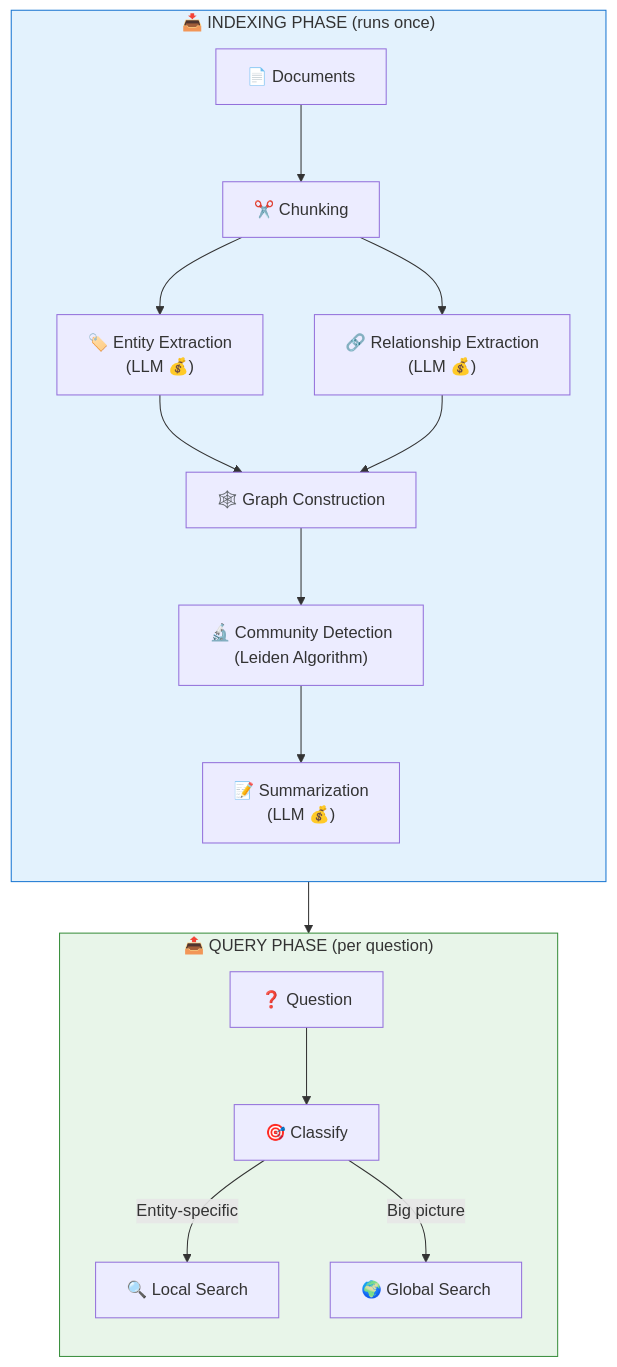
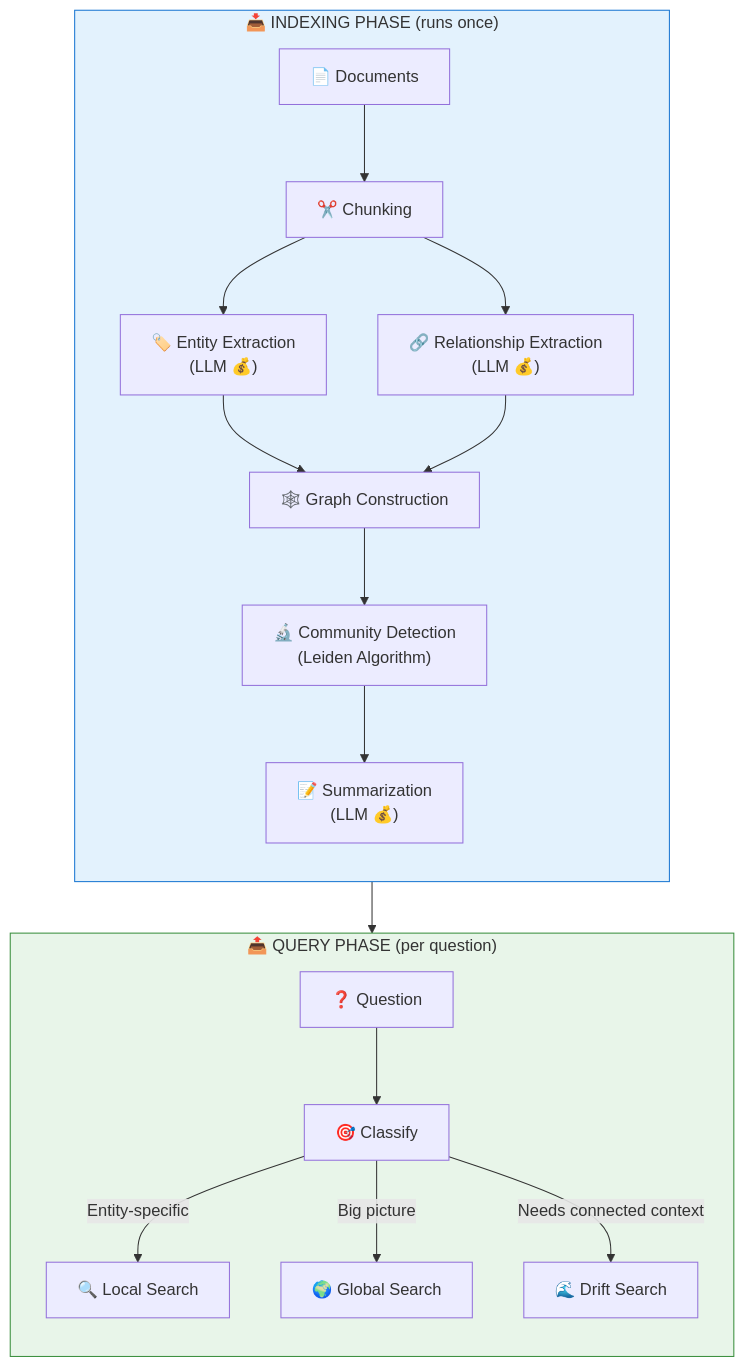
Before and after one commit to roie9876/RAG-WorkShop: the second of 5 diagrams in modules/module-6-graphrag/README.md, drawn with Mermaid. The commit also changed other lines of this file and 1 other file, not shown here.

````diff
--- a/modules/module-6-graphrag/README.md
+++ b/modules/module-6-graphrag/README.md
@@ -86,25 +86,26 @@
 ```mermaid
 flowchart TB
     subgraph INDEXING["📥 INDEXING PHASE (runs once)"]
         direction TB
         D1["📄 Documents"] --> C1["✂️ Chunking"]
         C1 --> E1["🏷️ Entity Extraction<br/>(LLM 💰)"]
         C1 --> R1["🔗 Relationship Extraction<br/>(LLM 💰)"]
         E1 --> G1["🕸️ Graph Construction"]
         R1 --> G1
         G1 --> L1["🔬 Community Detection<br/>(Leiden Algorithm)"]
         L1 --> S1["📝 Summarization<br/>(LLM 💰)"]
     end
     
     subgraph QUERY["📤 QUERY PHASE (per question)"]
         direction TB
         Q["❓ Question"] --> CLS["🎯 Classify"]
         CLS -->|Entity-specific| LOCAL["🔍 Local Search"]
         CLS -->|Big picture| GLOBAL["🌍 Global Search"]
+        CLS -->|Needs connected context| DRIFT["🌊 Drift Search"]
     end
     
     S1 --> QUERY
     
     style INDEXING fill:#e3f2fd,stroke:#1976d2
     style QUERY fill:#e8f5e9,stroke:#388e3c
 ```
````
